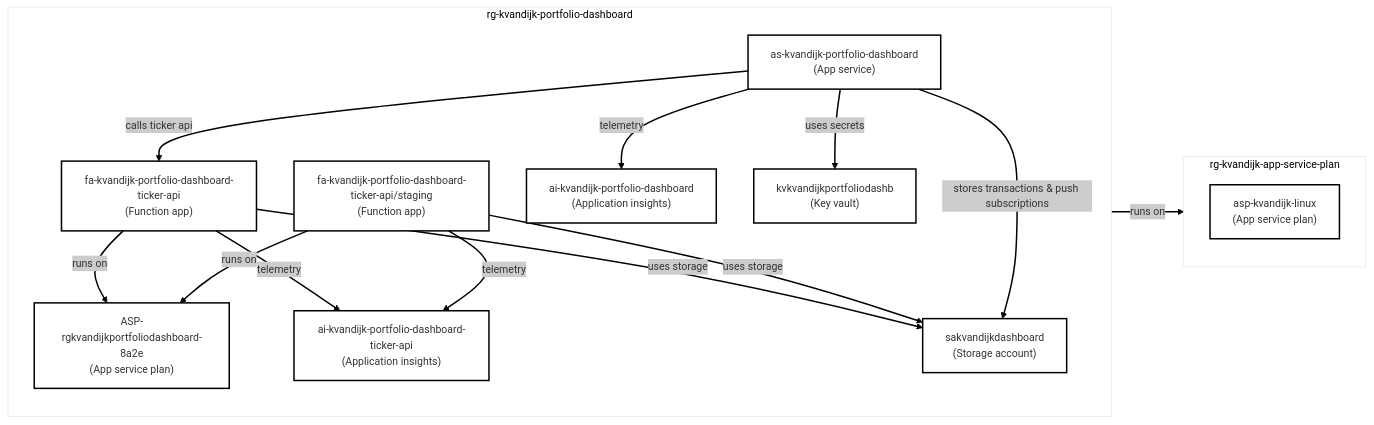
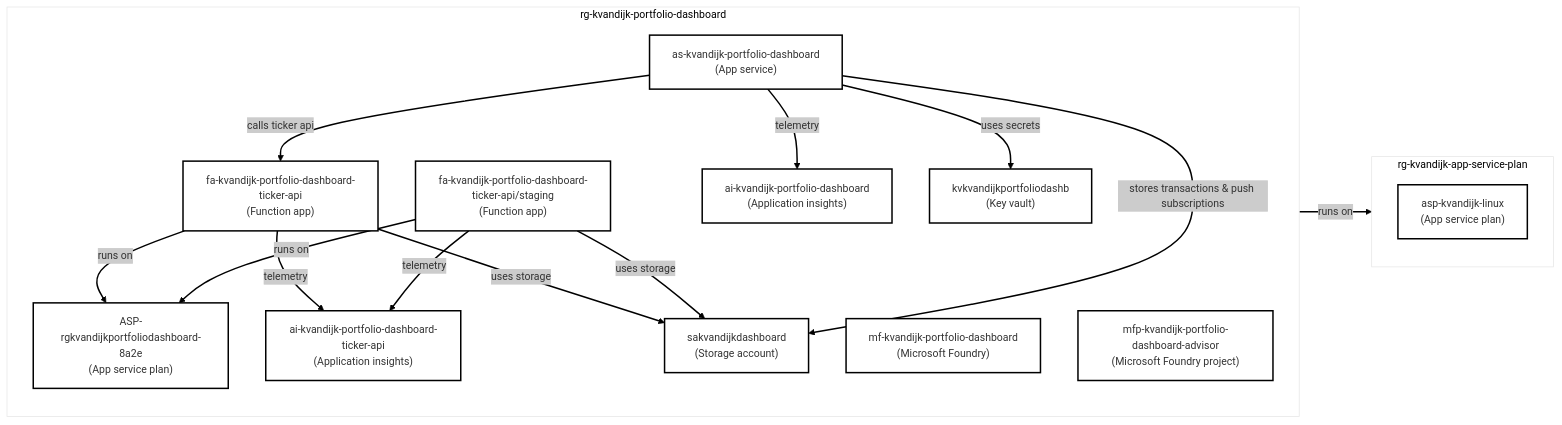
The diagram in docs/application-landscape.mmd (k-vandijk/portfolio), drawn with Mermaid before and after one commit. The commit also changed 36 other files, not shown here.

Commit message:
Add AI Portfolio Advisor + Settings feature (#97)

```diff
--- a/docs/application-landscape.mmd
+++ b/docs/application-landscape.mmd
@@ -1,45 +1,50 @@
 %%{init: {'theme': 'neo'}}%%
 flowchart LR
 
   subgraph RG1["rg-kvandijk-portfolio-dashboard"]
     direction TB
 
     ASP1["ASP-rgkvandijkportfoliodashboard-8a2e<br>(App service plan)"]
 
     AI1["ai-kvandijk-portfolio-dashboard<br>(Application insights)"]
     AI2["ai-kvandijk-portfolio-dashboard-ticker-api<br>(Application insights)"]
 
     AS1["as-kvandijk-portfolio-dashboard<br>(App service)"]
 
     FA1["fa-kvandijk-portfolio-dashboard-ticker-api<br>(Function app)"]
     FA1S["fa-kvandijk-portfolio-dashboard-ticker-api/staging<br>(Function app)"]
 
     KV1["kvkvandijkportfoliodashb<br>(Key vault)"]
+    
     SA1["sakvandijkdashboard<br>(Storage account)"]
+
+    MF1["mf-kvandijk-portfolio-dashboard<br>(Microsoft Foundry)"]
+
+    MFP1["mfp-kvandijk-portfolio-dashboard-advisor<br>(Microsoft Foundry project)"]
   end
 
   subgraph RG2["rg-kvandijk-app-service-plan"]
     direction TB
     ASP2["asp-kvandijk-linux<br>(App service plan)"]
   end
 
   %% Hosting relationship
   AS1 -->|runs on| ASP2
   FA1 -->|runs on| ASP1
   FA1S -->|runs on| ASP1
 
   %% App-to-API calls
   AS1 -->|calls ticker api| FA1
 
   %% Observability
   AS1 -->|telemetry| AI1
   FA1 -->|telemetry| AI2
   FA1S -->|telemetry| AI2
 
   %% Secrets
   AS1 -->|uses secrets| KV1
 
   %% Storage account usage
   FA1 -->|uses storage| SA1
   FA1S -->|uses storage| SA1
   AS1 -->|stores transactions & push subscriptions| SA1
```
